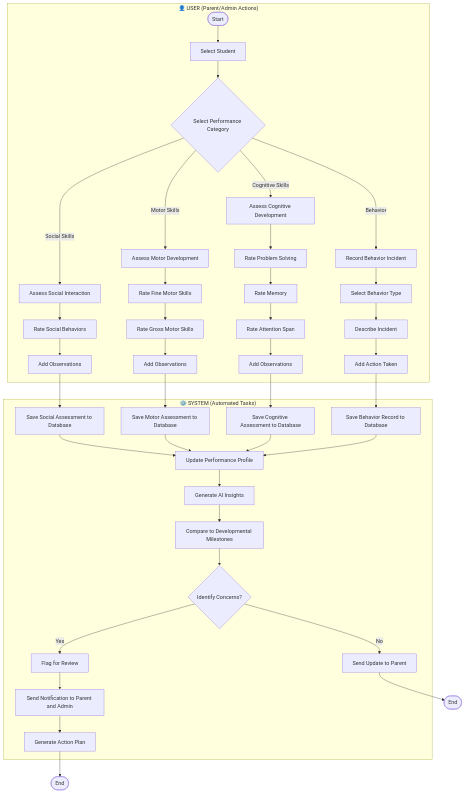
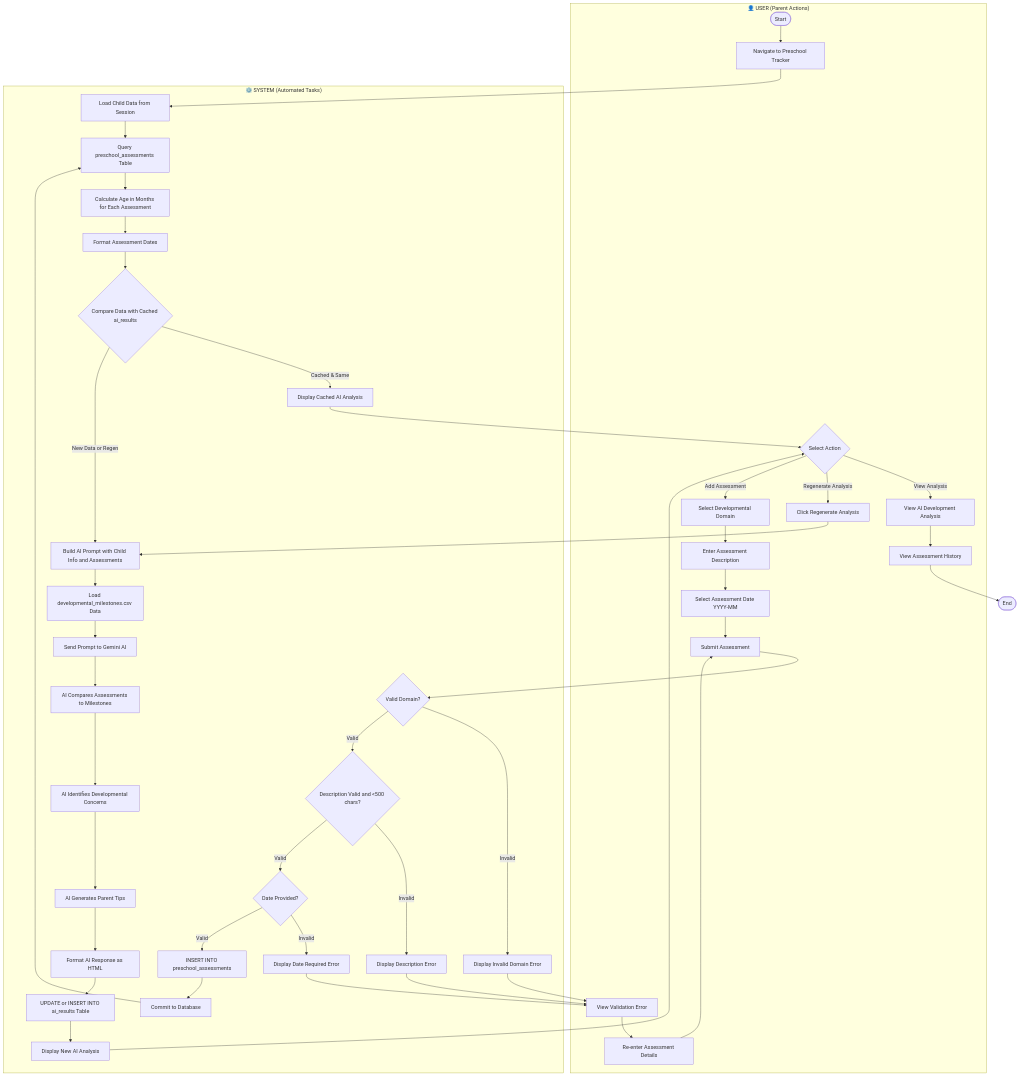
The tenth of 18 diagrams in diagrams.md (TongYwen/childfyp5), drawn with Mermaid before and after one commit. The commit also changed other lines of this file, not shown here.

First line of the commit message:
Update activity diagrams (4.2.1-4.2.4) to accurately reflect system code implementation

````diff
--- a/diagrams.md
+++ b/diagrams.md
@@ -494,81 +487,93 @@
 ```mermaid
 flowchart TD
-    subgraph User["👤 USER (Parent/Admin Actions)"]
+    subgraph User["👤 USER (Parent Actions)"]
         Start([Start])
-        SelectStudent[Select Student]
-        SelectCategory{Select Performance Category}
-        AssessSocial[Assess Social Interaction]
-        RateSocial[Rate Social Behaviors]
-        AddObs1[Add Observations]
-        AssessMotor[Assess Motor Development]
-        RateFineMotor[Rate Fine Motor Skills]
-        RateGrossMotor[Rate Gross Motor Skills]
-        AddObs2[Add Observations]
-        AssessCognitive[Assess Cognitive Development]
-        RateProblem[Rate Problem Solving]
-        RateMemory[Rate Memory]
-        RateAttention[Rate Attention Span]
-        AddObs3[Add Observations]
-        RecordBehavior[Record Behavior Incident]
-        SelectBehaviorType[Select Behavior Type]
-        DescribeIncident[Describe Incident]
-        AddAction[Add Action Taken]
+        Navigate[Navigate to Preschool Tracker]
+        SelectAction{Select Action}
+        SelectDomain[Select Developmental Domain]
+        EnterDescription[Enter Assessment Description]
+        SelectDate[Select Assessment Date YYYY-MM]
+        SubmitAssessment[Submit Assessment]
+        ViewError[View Validation Error]
+        ReEnter[Re-enter Assessment Details]
+        ViewAnalysis[View AI Development Analysis]
+        ViewAssessments[View Assessment History]
+        ClickRegen[Click Regenerate Analysis]
     end
 
     subgraph System["⚙️ SYSTEM (Automated Tasks)"]
-        SaveSocial[Save Social Assessment to Database]
-        SaveMotor[Save Motor Assessment to Database]
-        SaveCognitive[Save Cognitive Assessment to Database]
-        SaveBehavior[Save Behavior Record to Database]
-        UpdateProfile[Update Performance Profile]
-        GenerateInsights[Generate AI Insights]
-        CompareMilestones[Compare to Developmental Milestones]
-        CheckConcerns{Identify Concerns?}
-        FlagConcerns[Flag for Review]
-        NotifyParent[Send Notification to Parent and Admin]
-        CreateActionPlan[Generate Action Plan]
-        NotifyParentUpdate[Send Update to Parent]
+        LoadChild[Load Child Data from Session]
+        QueryAssessments[Query preschool_assessments Table]
+        CalculateAgeMonths[Calculate Age in Months for Each Assessment]
+        FormatDates[Format Assessment Dates]
+        CheckCached{Compare Data with Cached ai_results}
+        DisplayCached[Display Cached AI Analysis]
+        ValidateDomain{Valid Domain?}
+        ShowDomainError[Display Invalid Domain Error]
+        ValidateDesc{Description Valid and <500 chars?}
+        ShowDescError[Display Description Error]
+        ValidateDate{Date Provided?}
+        ShowDateError[Display Date Required Error]
+        InsertAssessment[INSERT INTO preschool_assessments]
+        CommitDB[Commit to Database]
+        BuildPrompt[Build AI Prompt with Child Info and Assessments]
+        LoadBenchmarks[Load developmental_milestones.csv Data]
+        SendGemini[Send Prompt to Gemini AI]
+        AIAnalyze[AI Compares Assessments to Milestones]
+        AIIdentifyConcerns[AI Identifies Developmental Concerns]
+        AIGenerateTips[AI Generates Parent Tips]
+        FormatHTML[Format AI Response as HTML]
+        UpdateAIResults[UPDATE or INSERT INTO ai_results Table]
+        DisplayNew[Display New AI Analysis]
     end
 
-    Start --> SelectStudent
-    SelectStudent --> SelectCategory
+    Start --> Navigate
+    Navigate --> LoadChild
+    LoadChild --> QueryAssessments
+    QueryAssessments --> CalculateAgeMonths
+    CalculateAgeMonths --> FormatDates
+    FormatDates --> CheckCached
 
-    SelectCategory -->|Social Skills| AssessSocial
-    AssessSocial --> RateSocial
-    RateSocial --> AddObs1
-    AddObs1 --> SaveSocial
+    CheckCached -->|Cached & Same| DisplayCached
+    DisplayCached --> SelectAction
 
-    SelectCategory -->|Motor Skills| AssessMotor
-    AssessMotor --> RateFineMotor
-    RateFineMotor --> RateGrossMotor
-    RateGrossMotor --> AddObs2
-    AddObs2 --> SaveMotor
+    CheckCached -->|New Data or Regen| BuildPrompt
+    BuildPrompt --> LoadBenchmarks
+    LoadBenchmarks --> SendGemini
+    SendGemini --> AIAnalyze
+    AIAnalyze --> AIIdentifyConcerns
+    AIIdentifyConcerns --> AIGenerateTips
+    AIGenerateTips --> FormatHTML
+    FormatHTML --> UpdateAIResults
+    UpdateAIResults --> DisplayNew
+    DisplayNew --> SelectAction
 
-    SelectCategory -->|Cognitive Skills| AssessCognitive
-    AssessCognitive --> RateProblem
-    RateProblem --> RateMemory
-    RateMemory --> RateAttention
-    RateAttention --> AddObs3
-    AddObs3 --> SaveCognitive
+    SelectAction -->|View Analysis| ViewAnalysis
+    ViewAnalysis --> ViewAssessments
+    ViewAssessments --> End1([End])
 
-    SelectCategory -->|Behavior| RecordBehavior
-    RecordBehavior --> SelectBehaviorType
-    SelectBehaviorType --> DescribeIncident
-    DescribeIncident --> AddAction
-    AddAction --> SaveBehavior
+    SelectAction -->|Regenerate Analysis| ClickRegen
+    ClickRegen --> BuildPrompt
 
-    SaveSocial --> UpdateProfile
-    SaveMotor --> UpdateProfile
-    SaveCognitive --> UpdateProfile
-    SaveBehavior --> UpdateProfile
+    SelectAction -->|Add Assessment| SelectDomain
+    SelectDomain --> EnterDescription
+    EnterDescription --> SelectDate
+    SelectDate --> SubmitAssessment
+    SubmitAssessment --> ValidateDomain
+    ValidateDomain -->|Invalid| ShowDomainError
+    ShowDomainError --> ViewError
+    ViewError --> ReEnter
+    ReEnter --> SubmitAssessment
 
-    UpdateProfile --> GenerateInsights
-    GenerateInsights --> CompareMilestones
-    CompareMilestones --> CheckConcerns
-    CheckConcerns -->|Yes| FlagConcerns
-    FlagConcerns --> NotifyParent
-    NotifyParent --> CreateActionPlan
-    CreateActionPlan --> End1([End])
-    CheckConcerns -->|No| NotifyParentUpdate
-    NotifyParentUpdate --> End2([End])
+    ValidateDomain -->|Valid| ValidateDesc
+    ValidateDesc -->|Invalid| ShowDescError
+    ShowDescError --> ViewError
+
+    ValidateDesc -->|Valid| ValidateDate
+    ValidateDate -->|Invalid| ShowDateError
+    ShowDateError --> ViewError
+
+    ValidateDate -->|Valid| InsertAssessment
+    InsertAssessment --> CommitDB
+    CommitDB --> QueryAssessments
 ```
````
